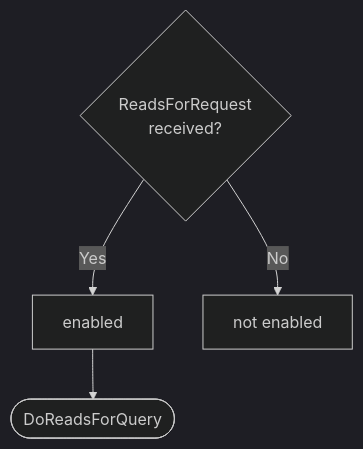
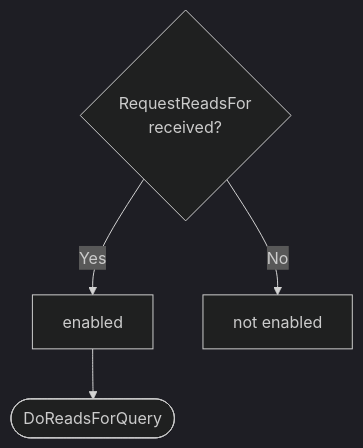
One commit to anoma/nspec changed the first of 3 diagrams in docs/arch/node/engines/reads_for_behaviour.juvix.md. Above: the diagram before and after it, drawn with Mermaid (dark theme). The commit also changed other lines of this file and 7 other files, not shown here.

````diff
--- a/docs/arch/node/engines/reads_for_behaviour.juvix.md
+++ b/docs/arch/node/engines/reads_for_behaviour.juvix.md
@@ -176,7 +187,7 @@
 ```mermaid
 flowchart TD
-    C{ReadsForRequest<br>received?}
+    C{RequestReadsFor<br>received?}
     C -->|Yes| D[enabled]
     C -->|No| E[not enabled]
     D --> F([DoReadsForQuery])
 ```
````
